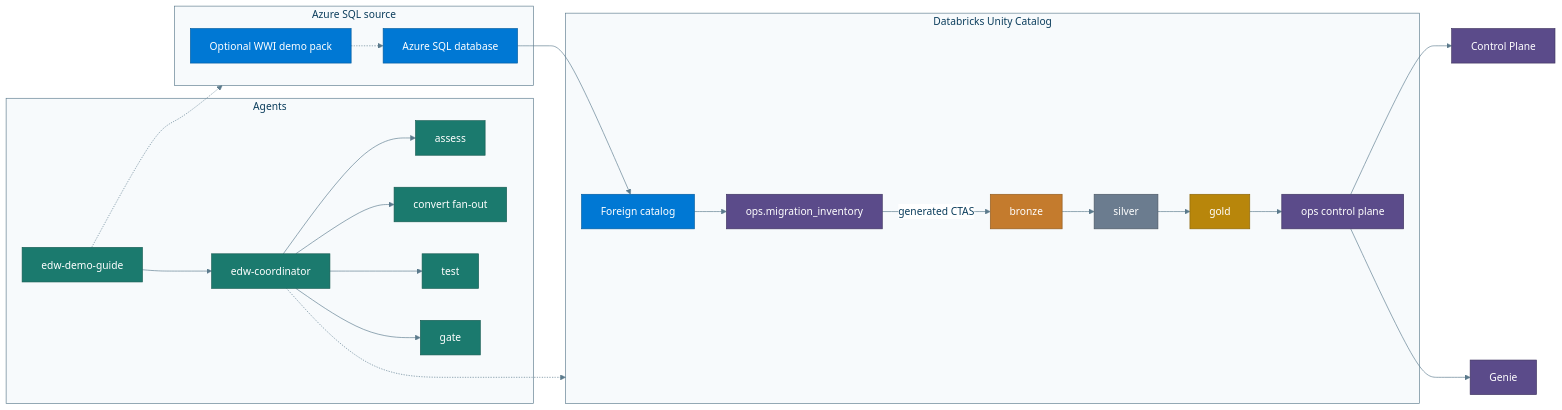
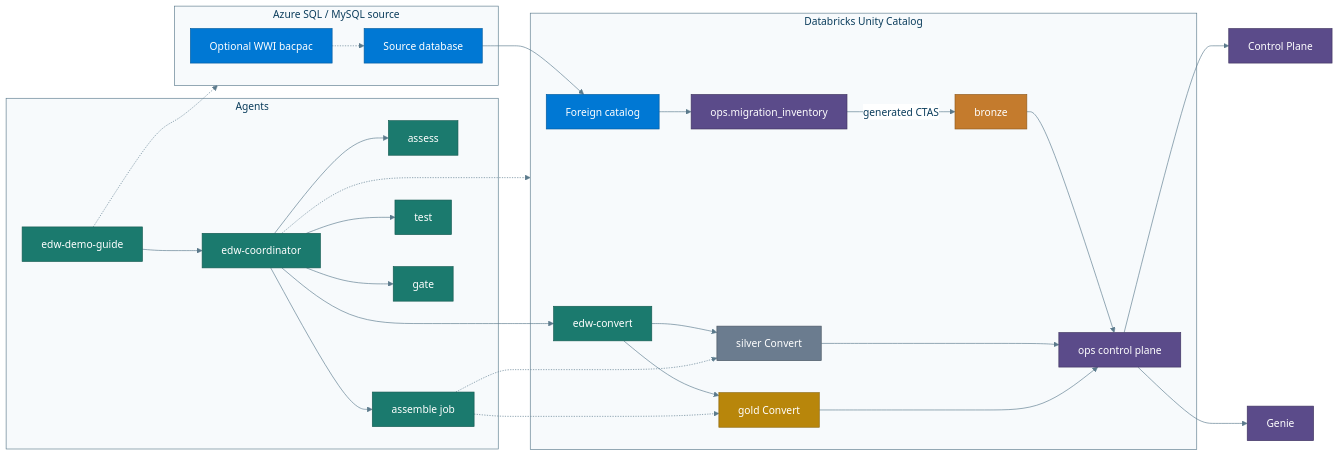
Before and after one commit to Jericho2010/edwmigration: the diagram in docs/img/architecture.mmd, drawn with Mermaid. The commit also changed 124 other files, not shown here.

First line of the commit message:
Make Convert own silver/gold and keep EDW planes watchable.

```diff
--- a/docs/img/architecture.mmd
+++ b/docs/img/architecture.mmd
@@ -1,48 +1,53 @@
 %%{init: {"theme":"base","themeVariables":{"primaryColor":"#E8F1F8","primaryTextColor":"#0B3D5C","primaryBorderColor":"#0B3D5C","lineColor":"#5B7A8C","secondaryColor":"#E6F4F1","tertiaryColor":"#F7F3EA","background":"#FFFFFF","mainBkg":"#E8F1F8","clusterBkg":"#F7FAFC","clusterBorder":"#5B7A8C","titleColor":"#0B3D5C","edgeLabelBackground":"#FFFFFF"}}}%%
 flowchart LR
-  subgraph azure ["Azure SQL source"]
-    DemoPack["Optional WWI demo pack"]
-    FreeDB["Azure SQL database"]
+  subgraph azure ["Azure SQL / MySQL source"]
+    DemoPack["Optional WWI bacpac"]
+    FreeDB["Source database"]
     DemoPack -.-> FreeDB
   end
   subgraph dbx ["Databricks Unity Catalog"]
     Fed["Foreign catalog"]
     Inv["ops.migration_inventory"]
     Bronze["bronze"]
-    Silver["silver"]
-    Gold["gold"]
+    Silver["silver Convert"]
+    Gold["gold Convert"]
     Ops["ops control plane"]
     FreeDB --> Fed
     Fed --> Inv
     Inv -->|"generated CTAS"| Bronze
-    Bronze --> Silver
-    Silver --> Gold
+    ConvertWrite["edw-convert"] --> Silver
+    ConvertWrite --> Gold
+    Bronze --> Ops
+    Silver --> Ops
     Gold --> Ops
   end
   subgraph agents ["Agents"]
     Guide["edw-demo-guide"]
     Coord["edw-coordinator"]
     Guide --> Coord
     Coord --> Assess["assess"]
-    Coord --> Convert["convert fan-out"]
+    Coord --> ConvertWrite
+    Coord --> Wire["assemble job"]
     Coord --> Test["test"]
     Coord --> Gate["gate"]
   end
   Guide -.-> azure
   Coord -.-> dbx
+  Wire -.-> Silver
+  Wire -.-> Gold
   Ops --> Dash["Control Plane"]
   Ops --> Genie["Genie"]
 
   classDef agent fill:#1B7A6E,stroke:#145A51,color:#fff
   classDef azureC fill:#0078D4,stroke:#005A9E,color:#fff
   classDef bronze fill:#C47B2D,stroke:#8F5A1F,color:#fff
   classDef silver fill:#6B7C8F,stroke:#4A5663,color:#fff
   classDef gold fill:#B8860B,stroke:#8A6508,color:#fff
   classDef ops fill:#5B4B8A,stroke:#3F3460,color:#fff
 
-  class Guide,Coord,Assess,Convert,Test,Gate agent
+  class Guide,Coord,Assess,ConvertWrite,Wire,Test,Gate agent
   class FreeDB,DemoPack,Fed azureC
   class Bronze bronze
   class Silver silver
   class Gold gold
   class Ops,Inv,Dash,Genie ops
```
